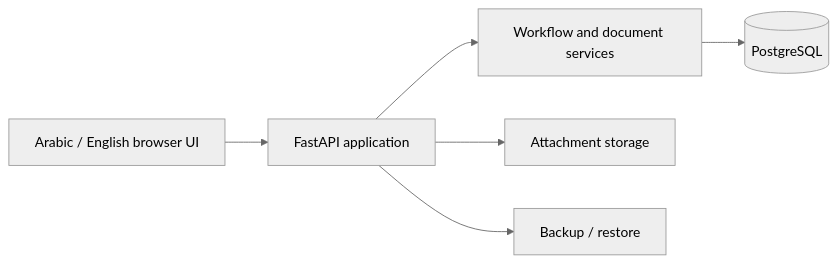
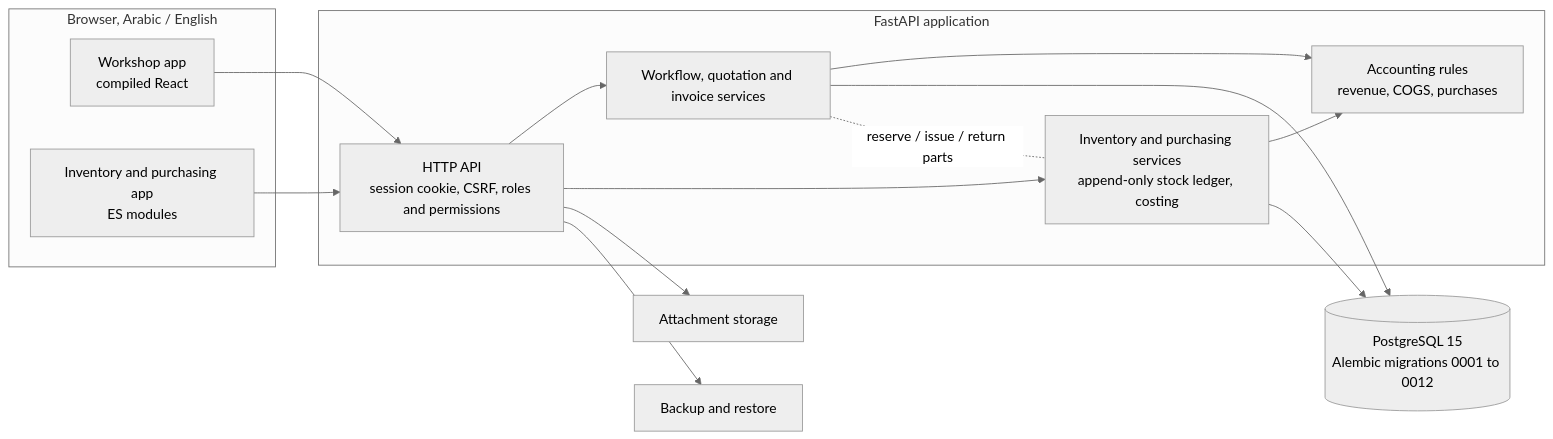
Before and after one commit to AhmedHeiza123/AutoCare-Pro: the diagram in README.md, drawn with Mermaid (neutral theme). The commit also changed other lines of this file and 1 other file, not shown here.

Commit message:
Rewrite the Architecture and stack section for the whole system

````diff
--- a/README.md
+++ b/README.md
@@ -33,8 +35,24 @@
 ```mermaid
 flowchart LR
-  U[Arabic / English browser UI] --> A[FastAPI application]
-  A --> W[Workflow and document services]
-  W --> P[(PostgreSQL)]
-  A --> F[Attachment storage]
-  A --> B[Backup / restore]
+  subgraph UI[Browser, Arabic / English]
+    WS[Workshop app<br/>compiled React]
+    IV[Inventory and purchasing app<br/>ES modules]
+  end
+  WS --> API
+  IV --> API
+  subgraph APP[FastAPI application]
+    API[HTTP API<br/>session cookie, CSRF, roles and permissions]
+    SVC[Workflow, quotation and invoice services]
+    INV[Inventory and purchasing services<br/>append-only stock ledger, costing]
+    ACC[Accounting rules<br/>revenue, COGS, purchases]
+    API --> SVC
+    API --> INV
+    SVC --> ACC
+    INV --> ACC
+  end
+  SVC --> DB[(PostgreSQL 15<br/>Alembic migrations 0001 to 0012)]
+  INV --> DB
+  API --> FS[Attachment storage]
+  API --> BK[Backup and restore]
+  SVC -. reserve / issue / return parts .- INV
 ```
````
